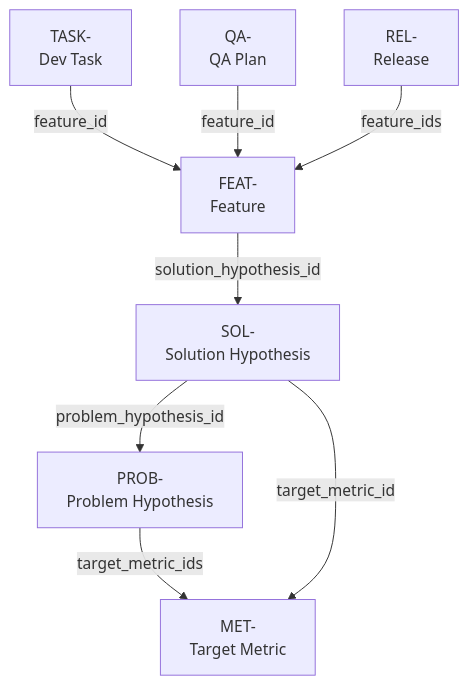
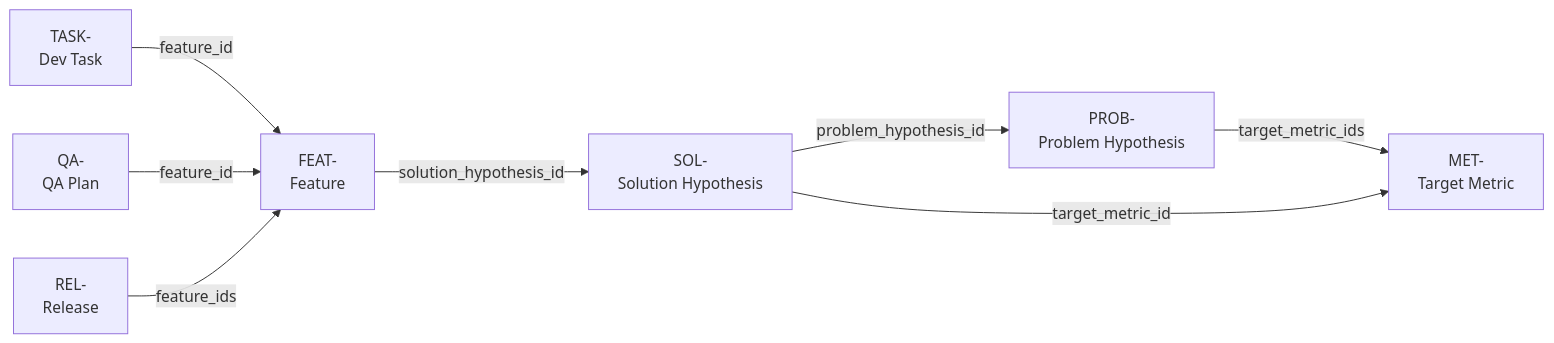
The diagram in README.md (smirnoffmg/pet), drawn with Mermaid before and after one commit. The commit also changed other lines of this file, not shown here.

Commit message:
docs: rewrite README with problem-first narrative and intent debt framing

````diff
--- a/README.md
+++ b/README.md
@@ -41,18 +37,18 @@
 ```mermaid
-graph TD
+graph LR
+    PROB["PROB-\nProblem Hypothesis"]
     MET["MET-\nTarget Metric"]
-    PROB["PROB-\nProblem Hypothesis"]
     SOL["SOL-\nSolution Hypothesis"]
     FEAT["FEAT-\nFeature"]
     TASK["TASK-\nDev Task"]
     QA["QA-\nQA Plan"]
     REL["REL-\nRelease"]
 
     PROB -->|target_metric_ids| MET
     SOL -->|problem_hypothesis_id| PROB
     SOL -->|target_metric_id| MET
     FEAT -->|solution_hypothesis_id| SOL
     TASK -->|feature_id| FEAT
     QA -->|feature_id| FEAT
     REL -->|feature_ids| FEAT
 ```
````
